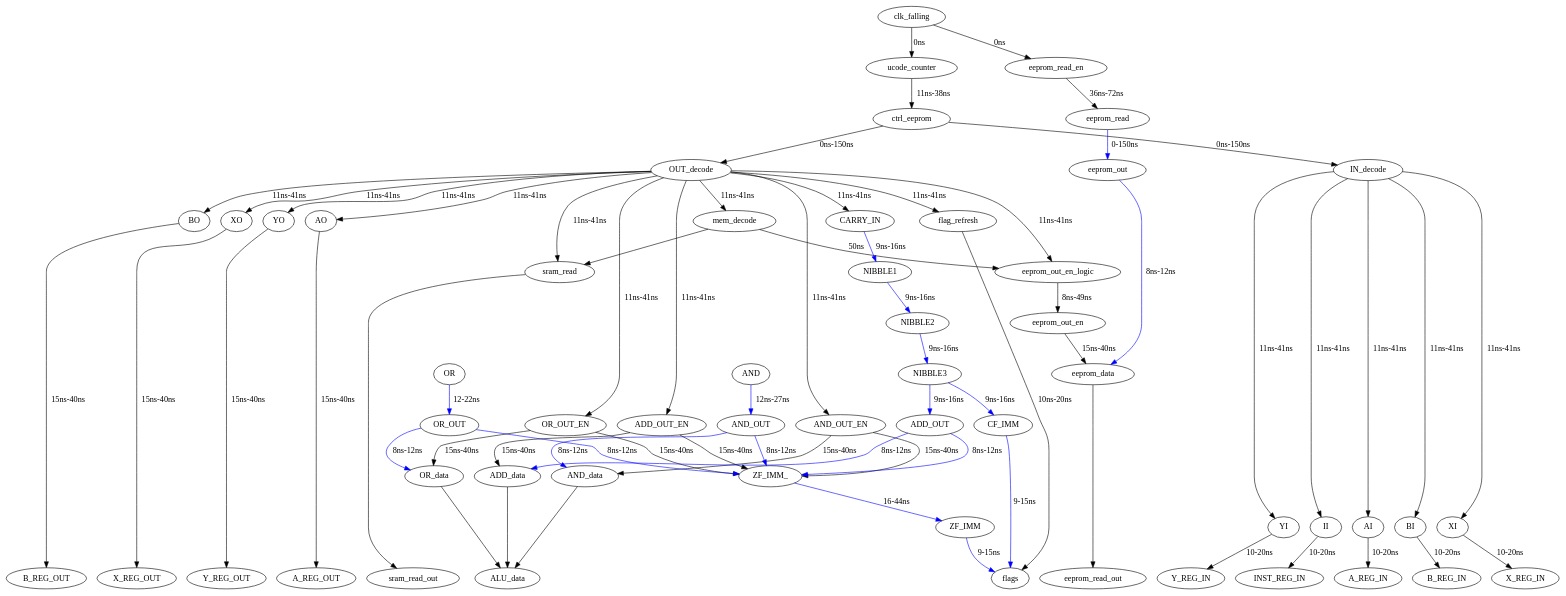
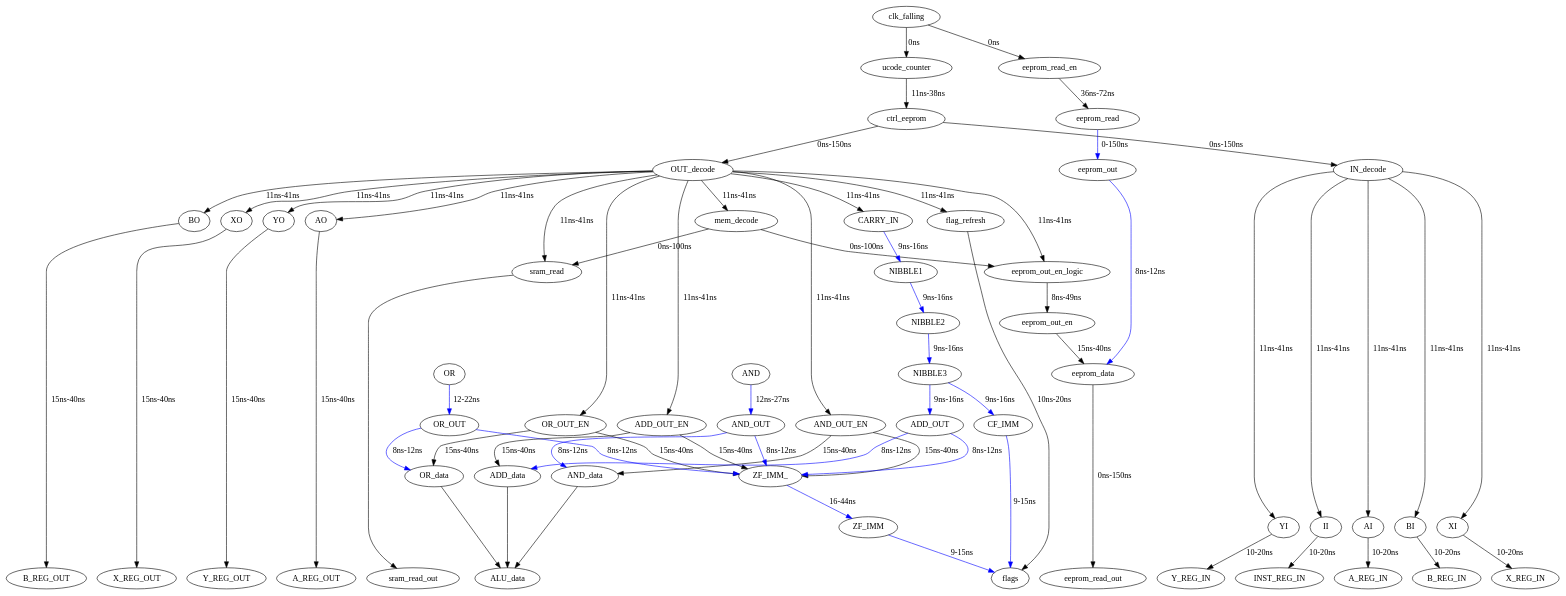
One commit to ericsims/8B changed the diagram in Sim/timing_deps.dot. Above: the diagram before and after it, drawn with Graphviz. The commit also changed 52 other files, not shown here.

```diff
--- a/Sim/timing_deps.dot
+++ b/Sim/timing_deps.dot
@@ -1,101 +1,101 @@
 digraph falling_edge {
     rankdir = TB;
     clk_falling -> ucode_counter [label="0ns", weight=3];
     ucode_counter -> ctrl_eeprom [label="11ns-38ns", weight=3];
     ctrl_eeprom -> OUT_decode [label="0ns-150ns", weight=2];
     ctrl_eeprom -> IN_decode [label="0ns-150ns"];
     
     OUT_decode -> sram_read [label="11ns-41ns"];
-    OUT_decode -> eeprom_out_en_logic  [label="11ns-41ns"];
+    OUT_decode -> eeprom_out_en_logic [label="11ns-41ns"];
     OUT_decode -> mem_decode [label="11ns-41ns"];
     OUT_decode -> flag_refresh [label="11ns-41ns"];
     flag_refresh -> flags [label="10ns-20ns"];
 
     
 
 
     # ALU
     OUT_decode -> AND_OUT_EN [label="11ns-41ns"];
     AND -> AND_OUT [label="12ns-27ns" color="blue"];
     AND_OUT_EN -> ZF_IMM_ [label="15ns-40ns"];
     AND_OUT -> ZF_IMM_ [label="8ns-12ns" color="blue"];
     AND_OUT_EN -> AND_data [label="15ns-40ns"];
     AND_OUT -> AND_data [label="8ns-12ns" color="blue"];
     AND_data -> ALU_data
 
     OUT_decode -> OR_OUT_EN [label="11ns-41ns"];
     OR -> OR_OUT [label="12-22ns" color="blue"];
     OR_OUT_EN -> ZF_IMM_ [label="15ns-40ns"];
     OR_OUT -> ZF_IMM_ [label="8ns-12ns" color="blue"];
     OR_OUT_EN -> OR_data [label="15ns-40ns"];
     OR_OUT -> OR_data [label="8ns-12ns" color="blue"];
     OR_data -> ALU_data
 
     OUT_decode -> ADD_OUT_EN [label="11ns-41ns"];
     OUT_decode -> CARRY_IN [label="11ns-41ns"];
     CARRY_IN -> NIBBLE1 [label="9ns-16ns" color="blue"];    
     NIBBLE1 -> NIBBLE2 [label="9ns-16ns" color="blue"];
     NIBBLE2 -> NIBBLE3 [label="9ns-16ns" color="blue"];
     NIBBLE3 -> ADD_OUT [label="9ns-16ns" color="blue"];
     ADD_OUT_EN -> ZF_IMM_ [label="15ns-40ns"];
     ADD_OUT -> ZF_IMM_ [label="8ns-12ns" color="blue"];
     ADD_OUT_EN -> ADD_data [label="15ns-40ns"];
     ADD_OUT -> ADD_data [label="8ns-12ns" color="blue"];
     ADD_data -> ALU_data
     NIBBLE3 -> CF_IMM [label="9ns-16ns" color="blue"];
     
     CF_IMM -> flags [label="9-15ns" color="blue"];
 
     ZF_IMM_ -> ZF_IMM [label="16-44ns" color="blue"];
     ZF_IMM -> flags [label="9-15ns" color="blue"];
 
     # regs out
     OUT_decode -> XO [label="11ns-41ns"];
     XO -> X_REG_OUT [label="15ns-40ns"];
     OUT_decode -> YO [label="11ns-41ns"];
     YO -> Y_REG_OUT [label="15ns-40ns"];
     OUT_decode -> AO [label="11ns-41ns"];
     AO -> A_REG_OUT [label="15ns-40ns"];
     OUT_decode -> BO [label="11ns-41ns"];
     BO -> B_REG_OUT [label="15ns-40ns"];
     
     # regs in
     IN_decode -> II [label="11ns-41ns", weight=2];
     II-> INST_REG_IN [label="10-20ns", weight=3];
     IN_decode -> AI [label="11ns-41ns", weight=2];
     AI-> A_REG_IN [label="10-20ns", weight=3];
     IN_decode -> BI [label="11ns-41ns", weight=2];
     BI-> B_REG_IN [label="10-20ns", weight=3];
     IN_decode -> XI [label="11ns-41ns", weight=2];
     XI-> X_REG_IN [label="10-20ns", weight=3];
     IN_decode -> YI [label="11ns-41ns", weight=2];
     YI-> Y_REG_IN [label="10-20ns", weight=3];
 
     sram_read -> sram_read_out;
 
     clk_falling -> eeprom_read_en [label="0ns"];
     eeprom_read_en -> eeprom_read [label="36ns-72ns"];
     eeprom_read -> eeprom_out [label="0-150ns" color="blue", weight=2];
     eeprom_out -> eeprom_data [label="8ns-12ns" color="blue", weight=1];
     eeprom_out_en_logic -> eeprom_out_en [label="8ns-49ns", weight=2];
     eeprom_out_en -> eeprom_data [label="15ns-40ns"];
-    eeprom_data -> eeprom_read_out [weight=1];
+    eeprom_data -> eeprom_read_out [label="0ns-150ns", weight=1];
 
-    mem_decode -> sram_read;
-    mem_decode -> eeprom_out_en_logic [label="50ns"]; # estimate
+    mem_decode -> sram_read [label="0ns-100ns"];
+    mem_decode -> eeprom_out_en_logic [label="0ns-100ns"];
 
     // subgraph cluster_OR { OR_OUT; OR_OUT_EN };
     // subgraph cluster_AND { AND_OUT; AND_OUT_EN };
     // subgraph cluster_ADD { ADD_OUT; ADD_OUT_EN };
     // subgraph cluster_ep { eeprom_out; eeprom_out_en };
     subgraph cluster_outs { AO; BO; XO; YO; penwidth=0 };
     subgraph cluster_ins { AI; BI; XI; YI; II; penwidth=0};
 
     { rank=same; ALU_data; sram_read_out; eeprom_read_out; flags; INST_REG_IN; A_REG_OUT; B_REG_OUT; X_REG_OUT; Y_REG_OUT; A_REG_IN; B_REG_IN; X_REG_IN; Y_REG_IN};
     #{ rank=same; clk_falling; AND; OR; };
     { rank=same; OUT_decode; IN_decode; };
 
 
 
 
 }
```
